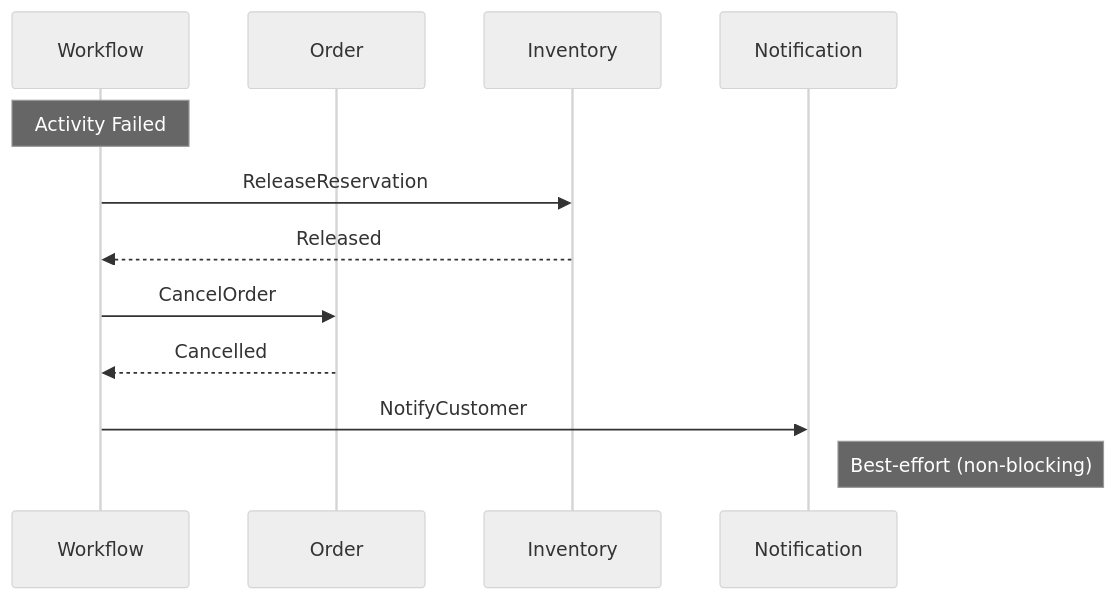
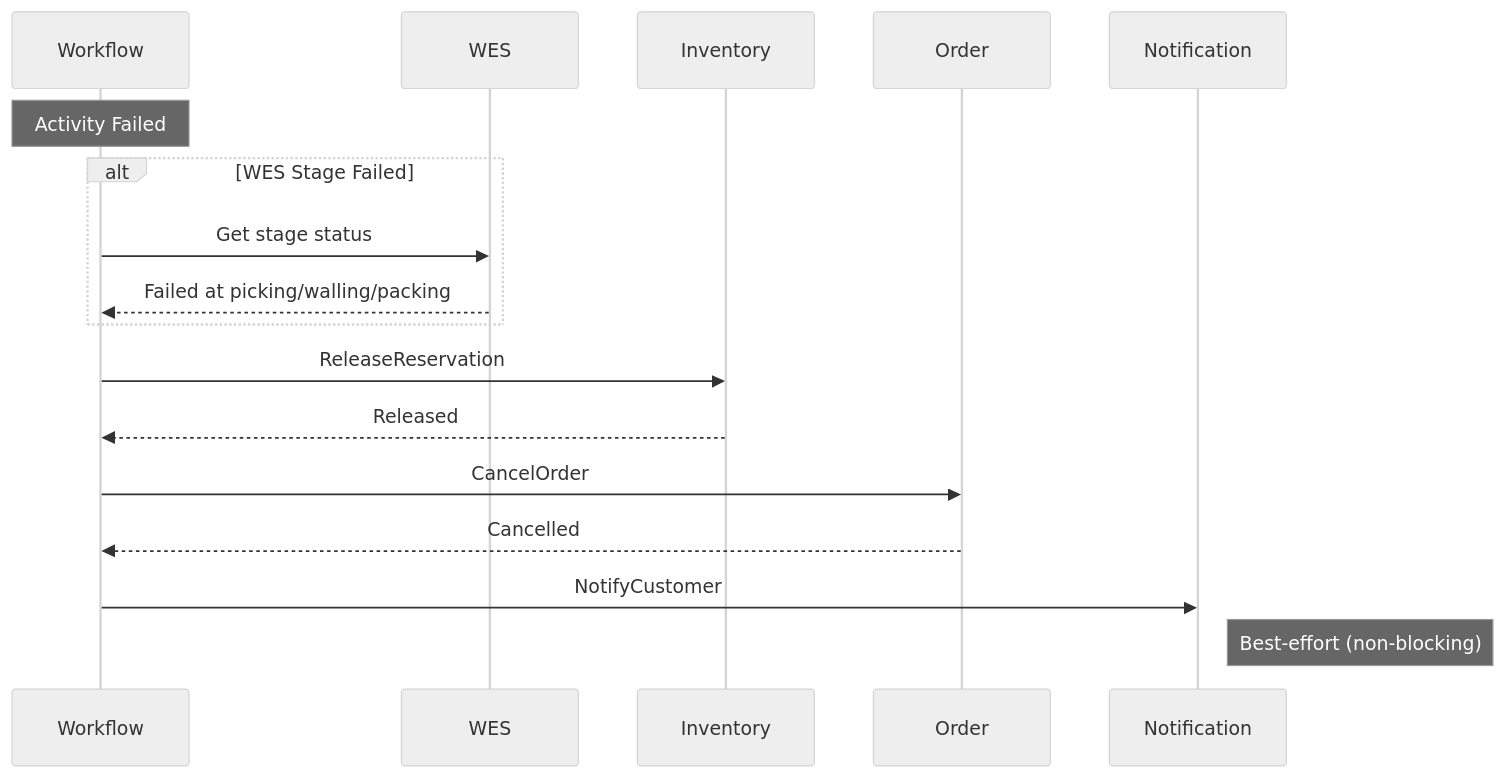
One commit to temporal-wms/wms-platform changed the seventh of 7 diagrams in ecosystem-documentation/docs/architecture/sequence-diagrams/order-fulfillment.md. Above: the diagram before and after it, drawn with Mermaid (neutral theme). The commit also changed other lines of this file and 23 other files, not shown here.

First line of the commit message:
fix: add walling-service and wes-service to deployment pipeline

````diff
--- a/ecosystem-documentation/docs/architecture/sequence-diagrams/order-fulfillment.md
+++ b/ecosystem-documentation/docs/architecture/sequence-diagrams/order-fulfillment.md
@@ -166,18 +232,24 @@
 ```mermaid
 sequenceDiagram
     participant Workflow
+    participant WES
+    participant Inventory
     participant Order
-    participant Inventory
     participant Notification
 
     Note over Workflow: Activity Failed
+
+    alt WES Stage Failed
+        Workflow->>WES: Get stage status
+        WES-->>Workflow: Failed at picking/walling/packing
+    end
 
     Workflow->>Inventory: ReleaseReservation
     Inventory-->>Workflow: Released
 
     Workflow->>Order: CancelOrder
     Order-->>Workflow: Cancelled
 
     Workflow->>Notification: NotifyCustomer
     Note right of Notification: Best-effort (non-blocking)
 ```
````
